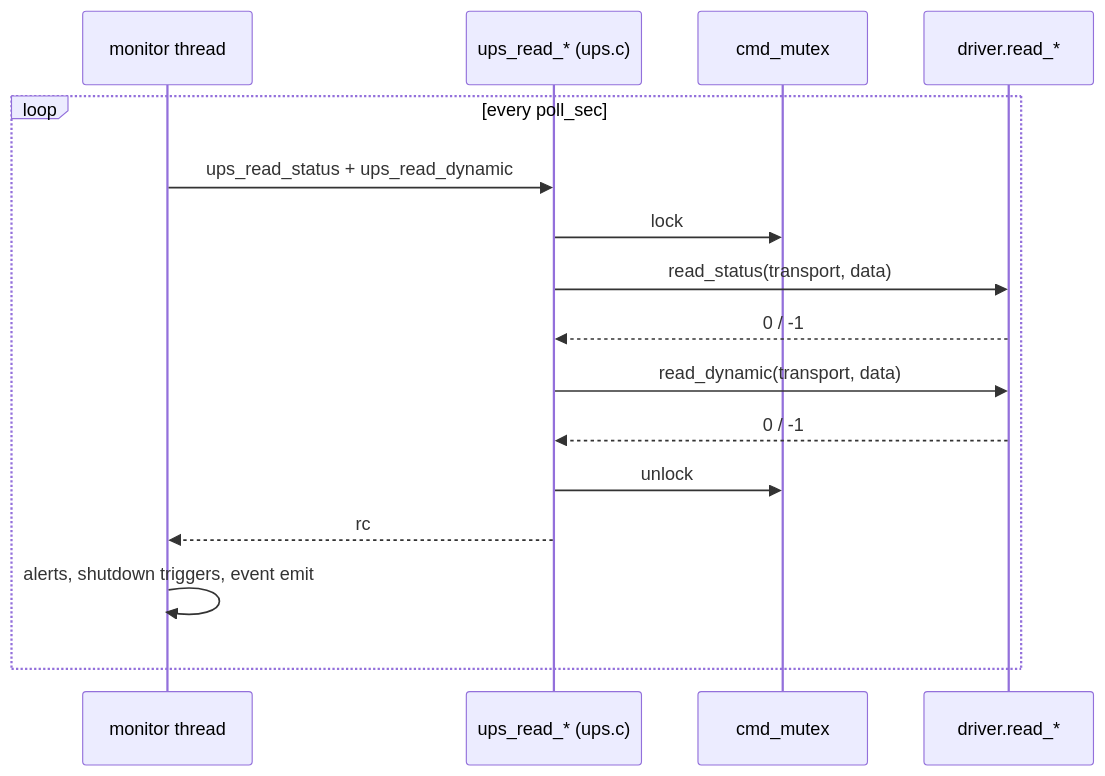
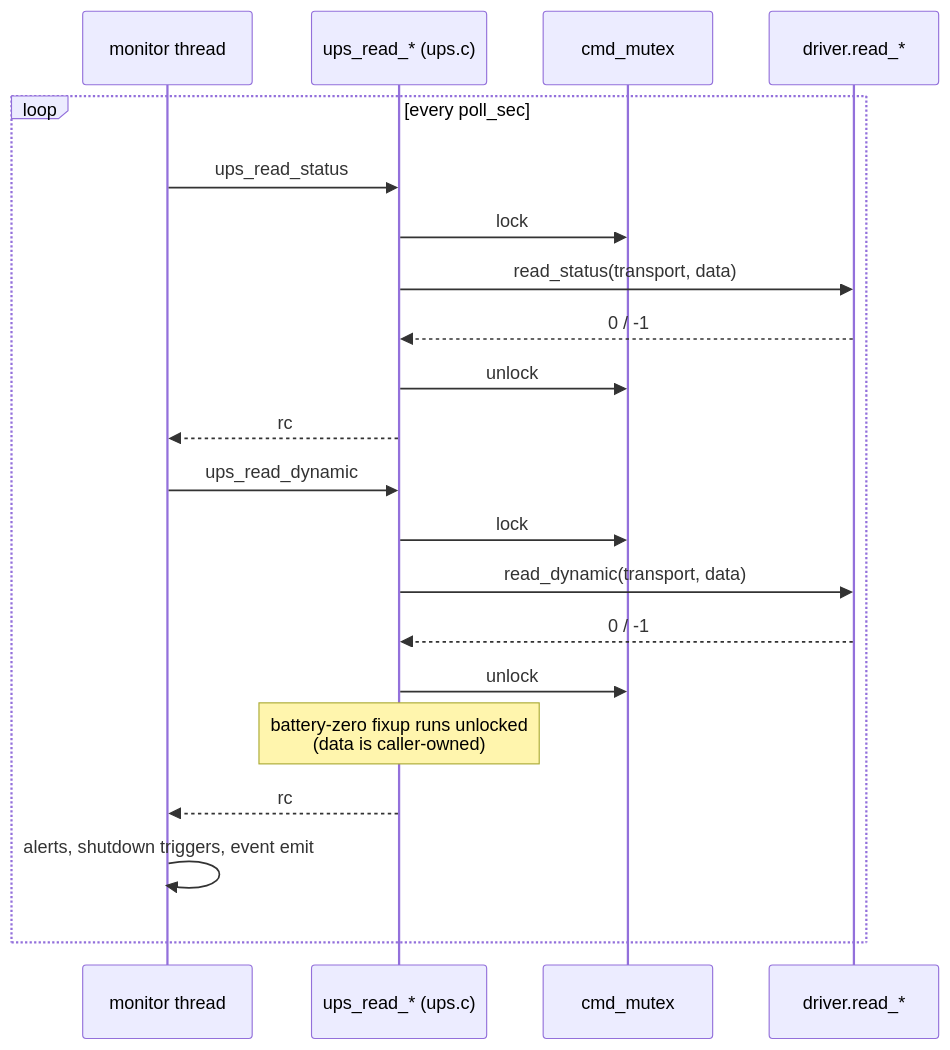
One commit to vifair22/airies-ups-c changed the third of 4 diagrams in driver-api.md. Above: the diagram before and after it, drawn with Mermaid. The commit also changed other lines of this file and 10 other files, not shown here.

````diff
--- a/driver-api.md
+++ b/driver-api.md
@@ -113,19 +115,24 @@
 ```mermaid
 sequenceDiagram
     participant M as monitor thread
     participant R as ups_read_* (ups.c)
     participant L as cmd_mutex
     participant Drv as driver.read_*
 
     loop every poll_sec
-        M->>R: ups_read_status + ups_read_dynamic
+        M->>R: ups_read_status
         R->>L: lock
         R->>Drv: read_status(transport, data)
         Drv-->>R: 0 / -1
+        R->>L: unlock
+        R-->>M: rc
+        M->>R: ups_read_dynamic
+        R->>L: lock
         R->>Drv: read_dynamic(transport, data)
         Drv-->>R: 0 / -1
         R->>L: unlock
+        Note over R: battery-zero fixup runs unlocked<br/>(data is caller-owned)
         R-->>M: rc
         M->>M: alerts, shutdown triggers, event emit
     end
 ```
````
